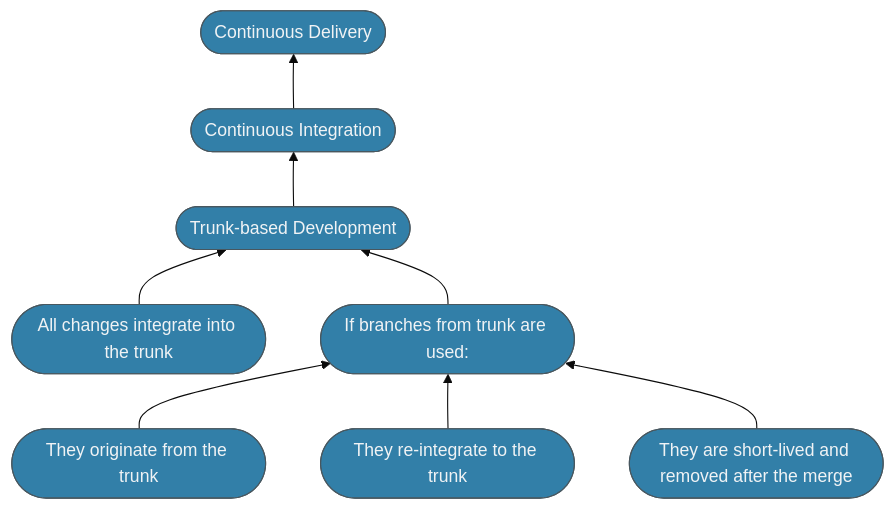
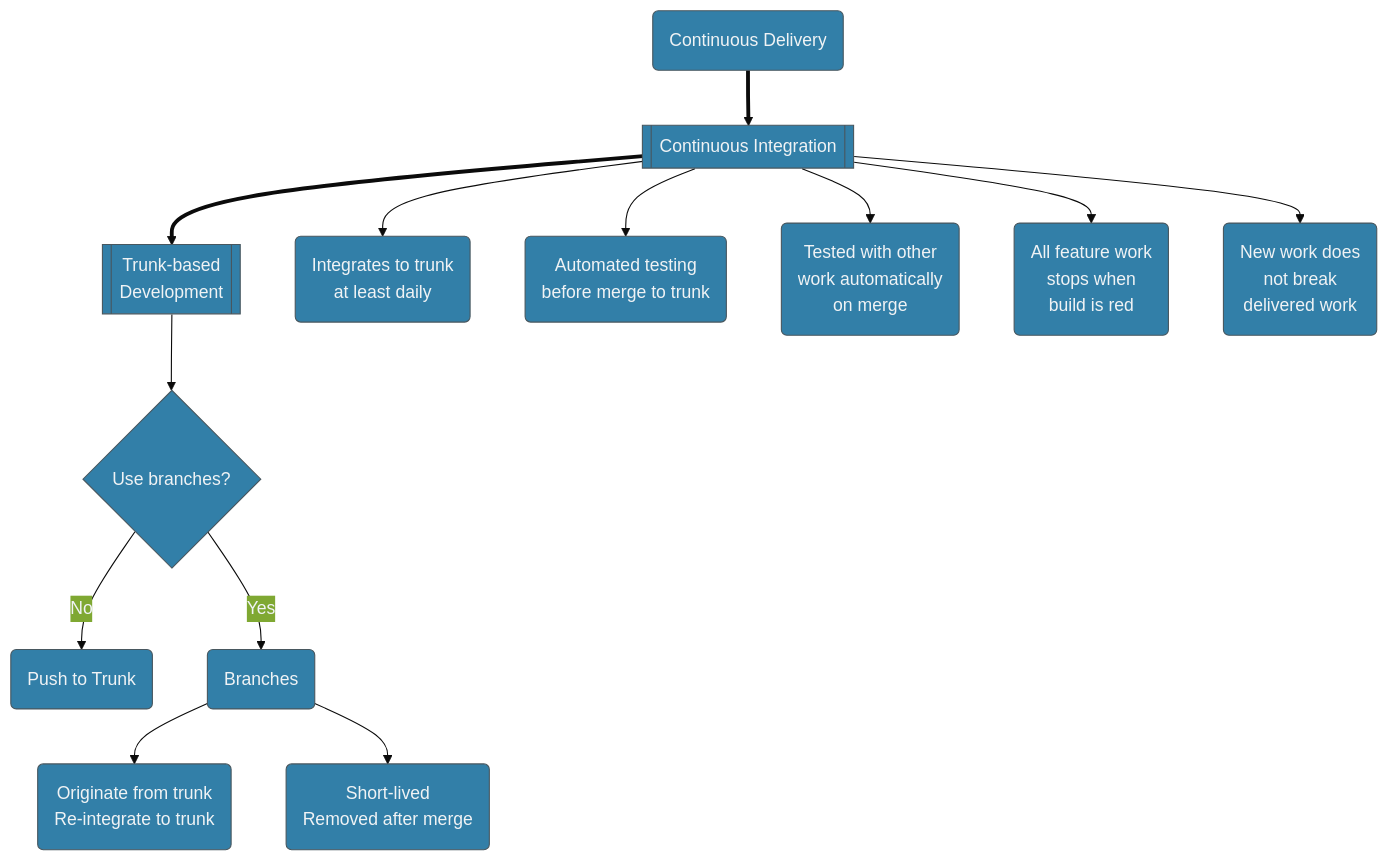
The diagram in content/Continuous Delivery/minimumCd.md (devopsdojoconsortium/website), drawn with Mermaid before and after one commit. The commit also changed other lines of this file, not shown here.

Commit message:
Update graph

```diff
--- a/content/Continuous Delivery/minimumCd.md
+++ b/content/Continuous Delivery/minimumCd.md
@@ -9,12 +11,24 @@
 {{<mermaid align="center">}}
-%%{init: {'securityLevel': 'loose', 'theme': 'base', 'themeVariables': { 'primaryColor': '#327fa8', 'primaryTextColor': '#f0f3f5'}}}%%
-graph BT
-TBD([Trunk-based Development])-->CI
-CI([Continuous Integration])-->CD([Continuous Delivery])
-DTT([All changes integrate into the trunk])-->TBD
-SLFB([If branches from trunk are used:])-->TBD
-A([They originate from the trunk])-->SLFB
-B([They re-integrate to the trunk])-->SLFB
-C([They are short-lived and removed after the merge])-->SLFB
+
+%%{init: { 'theme': 'base', 'themeVariables': { 'primaryColor': '#327fa8', 'primaryTextColor': '#f0f3f5'}}}%%
+graph TB
+%%{config: { 'fontFamily': 'Menlo', 'fontSize': 8, 'fontWeight': 400} }%%
+CI[[Continuous Integration]]
+CD(Continuous Delivery)
+TBD[[Trunk-based<br>Development]]
+
+CD ==> CI
+CI ==> TBD
+CI --> CIA(Integrates to trunk<br>at least daily)
+CI --> CIB(Automated testing<br>before merge to trunk)
+CI --> CIC(Tested with other<br>work automatically<br>on merge)
+CI --> CID(All feature work<br>stops when<br>build is red)
+CI --> CIE(New work does<br>not break<br>delivered work)
+
+TBD --> BRANCH{Use branches?}
+BRANCH -- No --> DTT(Push to Trunk)
+BRANCH -- Yes --> SLFB(Branches)
+SLFB --> A(Originate from trunk<br>Re-integrate to trunk)
+SLFB --> C(Short-lived<br>Removed after merge)
 
 {{< /mermaid >}}
```
